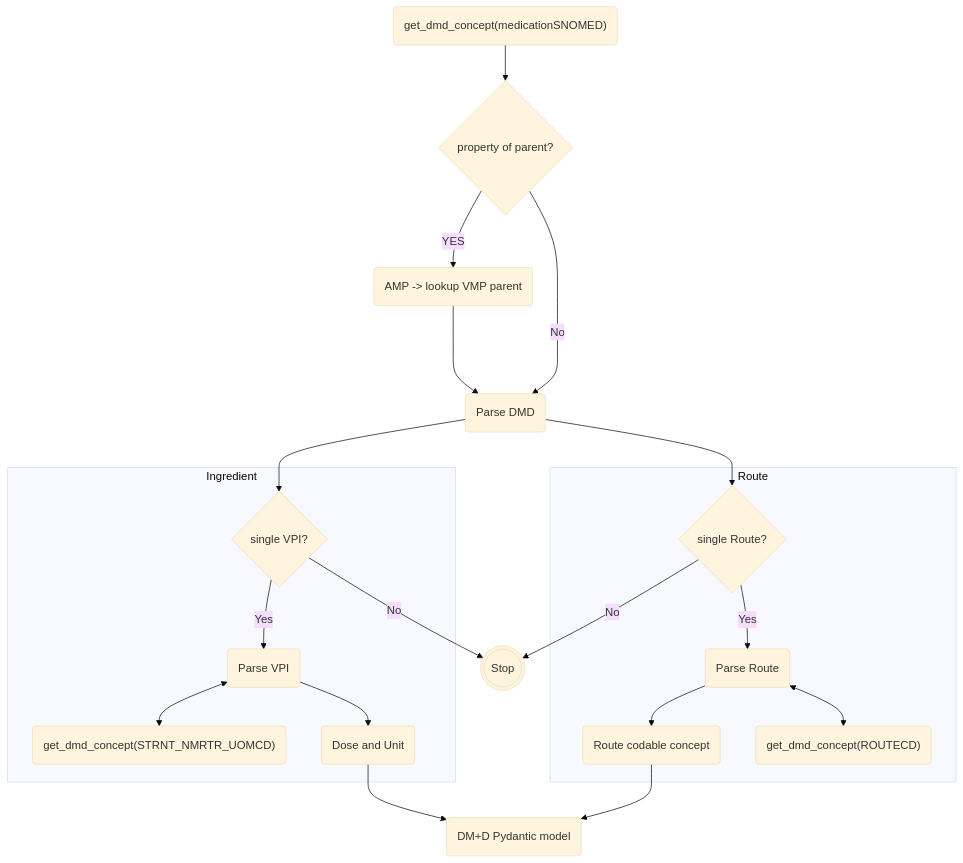
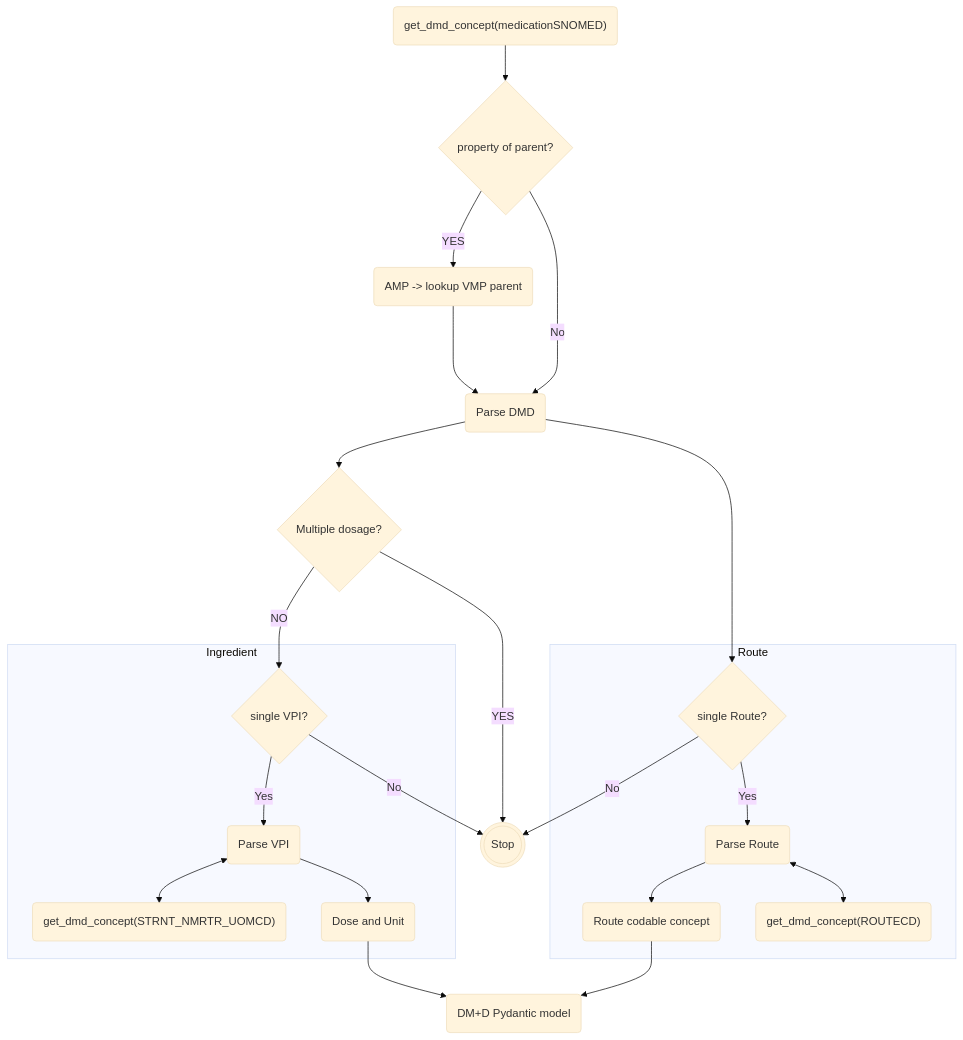
The second of 2 diagrams in docs/dm+d_mapping.md (UCLH-Digital-Innovation-Hub/Xhuma), drawn with Mermaid (base theme) before and after one commit. The commit also changed other lines of this file and 1 other file, not shown here.

Commit message:
minor changes to dmd markdown

````diff
--- a/docs/dm+d_mapping.md
+++ b/docs/dm+d_mapping.md
@@ -88,25 +91,27 @@
 ```mermaid
 flowchart TD
     A1("get_dmd_concept(medicationSNOMED)") --> D@{shape: diamond, label: "property of parent?"}
     D@{shape: diamond, label: "property of parent?"} --YES-->A2(AMP -> lookup VMP parent)
     A2 ---> A3(Parse DMD)
     D@{shape: diamond, label: "property of parent?"} -- No -->A3(Parse DMD)
-    A3 --> E@{shape: diamond, label: "single VPI?"}
+    A3 --> H@{shape: diamond, label: "Multiple dosage?"}
+    H@{shape: diamond, label: "Multiple dosage?"} -- NO --> E@{shape: diamond, label: "single VPI?"}
+    H@{shape: diamond, label: "Multiple dosage?"} -- YES --> G@{ shape:  framed-circle, label: "Stop" }
     A3 --> F@{shape: diamond, label: "single Route?"}
     subgraph Ingredient
     E@{shape: diamond, label: "single VPI?"} --Yes--> A4(Parse VPI)
     A4 <--> A5("get_dmd_concept(STRNT_NMRTR_UOMCD)")
     A4 --> A6(Dose and Unit)
     end
     A6 --> A7(DM+D Pydantic model)
     subgraph Route
     F@{shape: diamond, label: "single Route?"} --Yes--> B4(Parse Route)
 
     B4 --> B6(Route codable concept)
     B4 <--> B5("get_dmd_concept(ROUTECD)")
     end
     E@{shape: diamond, label: "single VPI?"} -- No -->  G@{ shape:  framed-circle, label: "Stop" }
     F@{shape: diamond, label: "single Route?"} -- No -->  G@{ shape: dbl-circ, label:"Stop"}
     B6 --> A7
 
 ```
````
